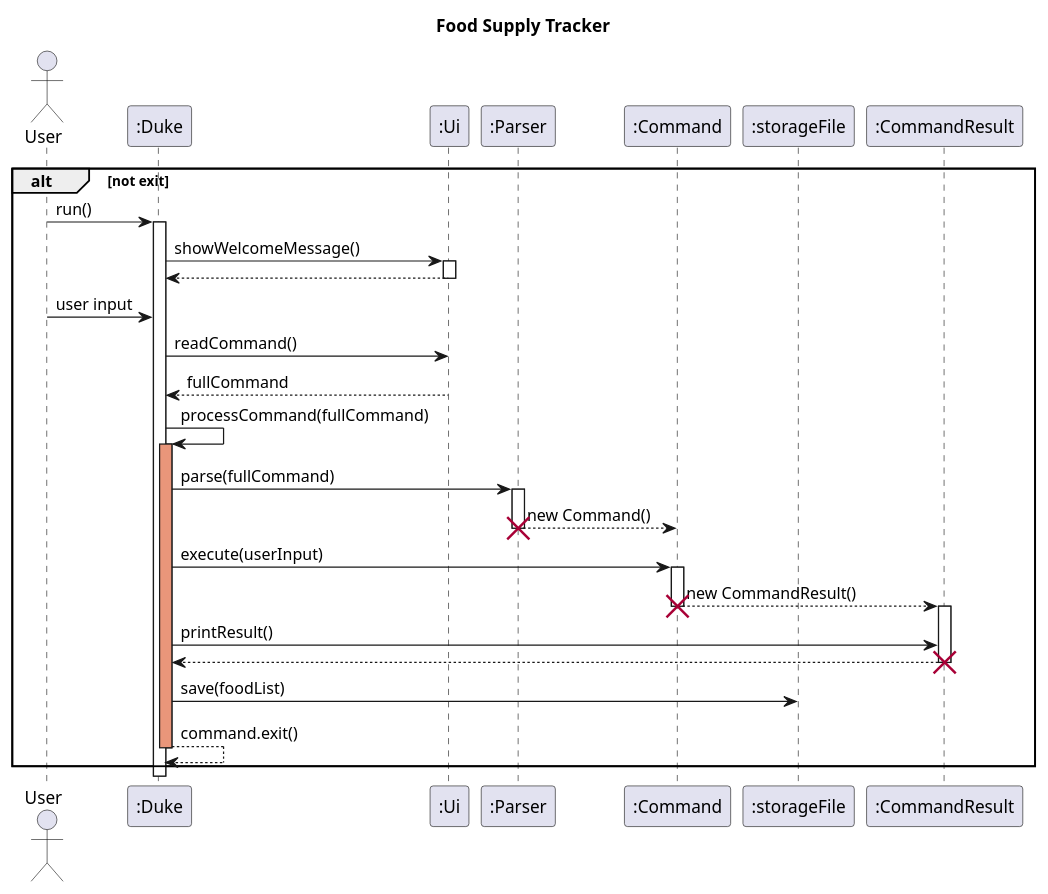
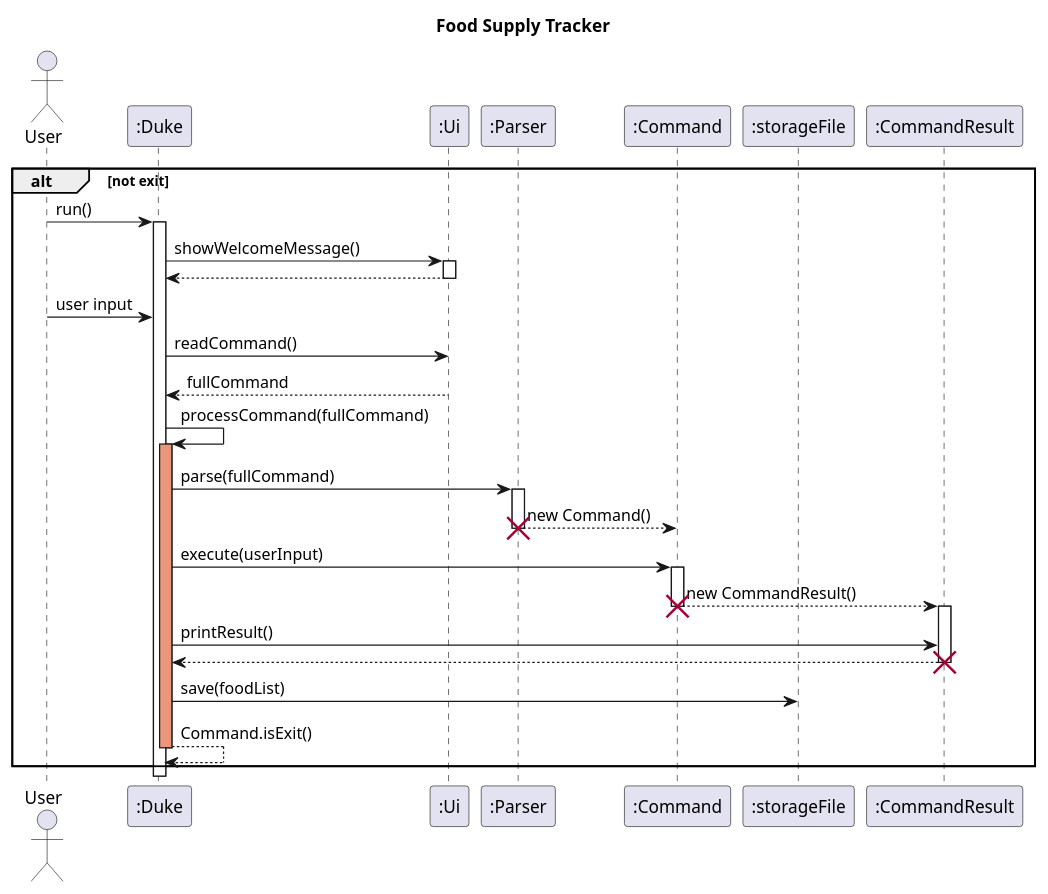
The diagram in docs/puml/SequenceDiagram.puml (tsx0314/tp), drawn with PlantUML before and after one commit. The commit also changed 1 other file, not shown here.

Commit message:
Update sequence diagram

```diff
--- a/docs/puml/SequenceDiagram.puml
+++ b/docs/puml/SequenceDiagram.puml
@@ -1,48 +1,45 @@
 @startuml
 title Food Supply Tracker
 
 actor User
 participant ":Duke"
 participant ":Ui"
 participant ":Parser"
 participant ":Command"
 participant ":storageFile"
 
 alt not exit
 User -> ":Duke": run()
 activate ":Duke"
 ":Duke" -> ":Ui": showWelcomeMessage()
 activate ":Ui"
 ":Ui" --> ":Duke":
 deactivate ":Ui"
 User -> ":Duke": user input
 ":Duke" -> ":Ui": readCommand()
 ":Ui" --> ":Duke":fullCommand
 
 ":Duke" -> ":Duke": processCommand(fullCommand)
 activate ":Duke" #DarkSalmon
 ":Duke" -> ":Parser" : parse(fullCommand)
 activate ":Parser"
 ":Parser" --> ":Command": new Command()
 deactivate ":Parser"
 destroy ":Parser"
 ":Duke" -> ":Command": execute(userInput)
 activate ":Command"
 
 participant ":CommandResult"
 ":Command" --> ":CommandResult": new CommandResult()
 deactivate ":Command"
 destroy ":Command"
 activate ":CommandResult"
 ":Duke"->":CommandResult": printResult()
 ":CommandResult" --> ":Duke"
 deactivate ":CommandResult"
 destroy  ":CommandResult"
 ":Duke" -> ":storageFile": save(foodList)
-":Duke" --> ":Duke": command.exit()
+":Duke" --> ":Duke": Command.isExit()
 deactivate ":Duke"
-
-
 end
-
 @enduml
```
